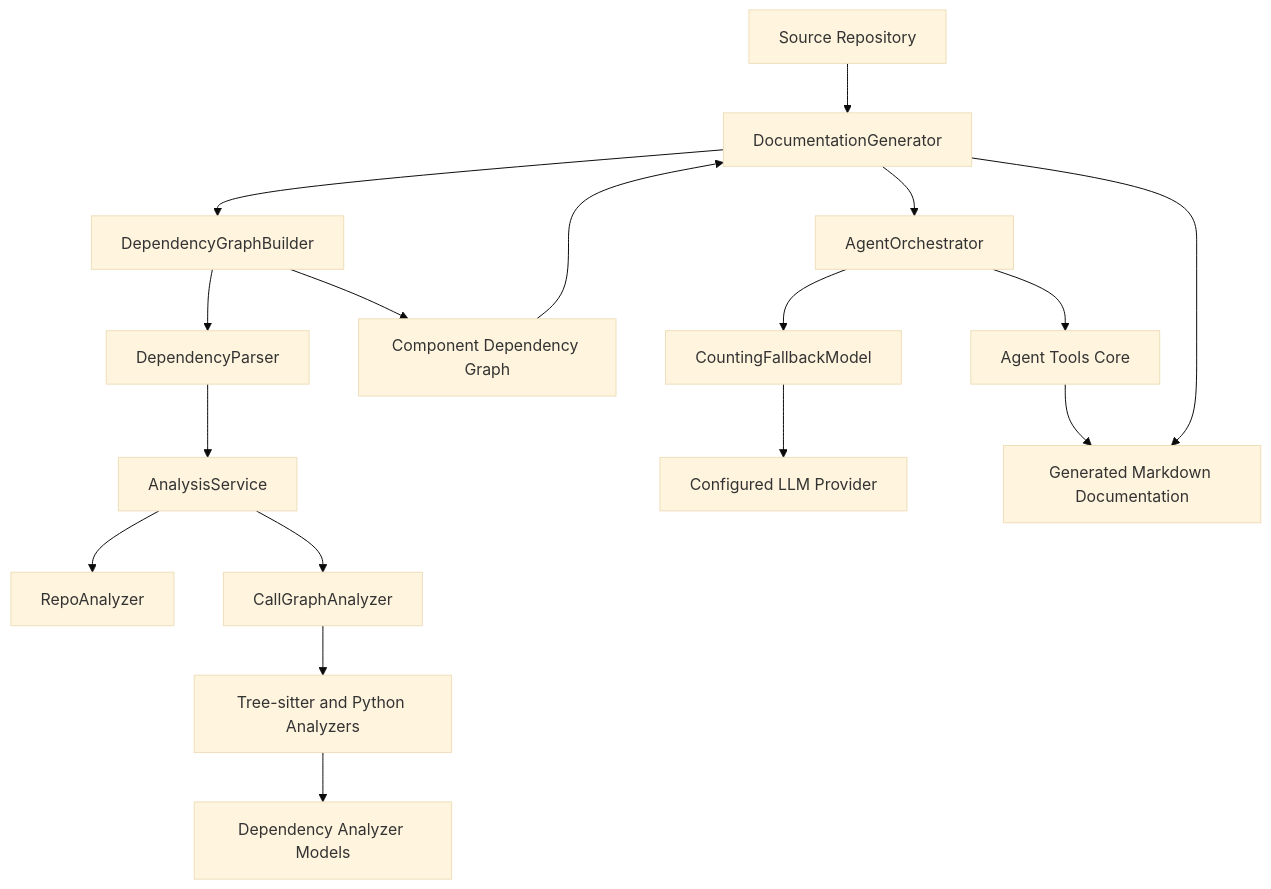
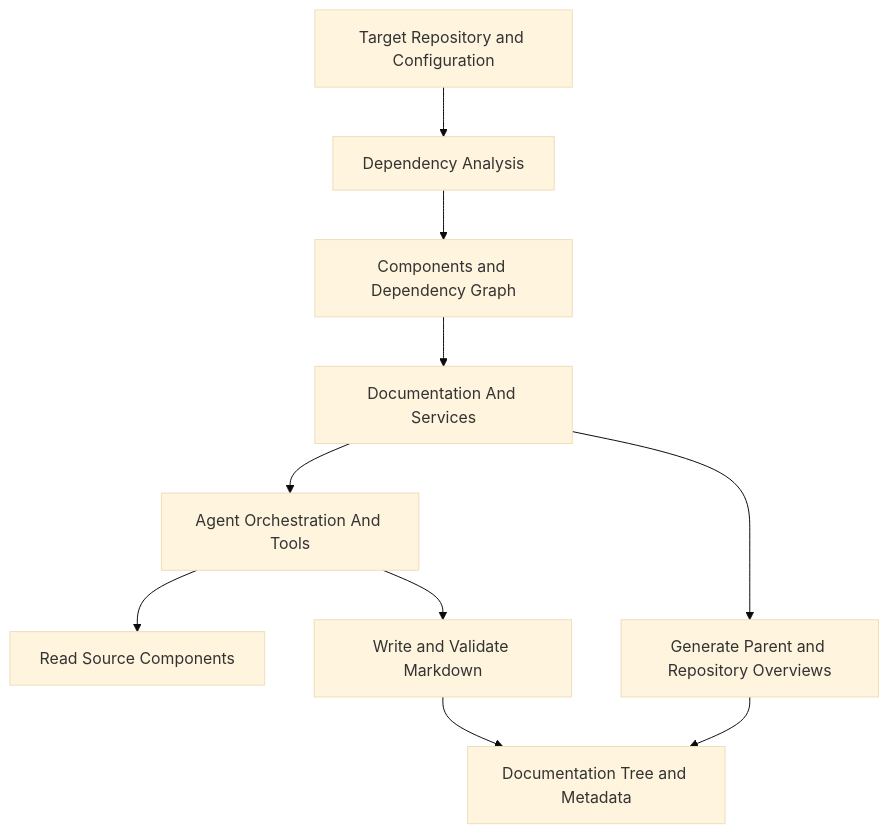
One commit to flamingo-stack/CodeWiki changed the diagram in docs/diagrams/architecture/backend-core.mmd. Above: the diagram before and after it, drawn with Mermaid (base theme). The commit also changed 275 other files, not shown here.

```diff
--- a/docs/diagrams/architecture/backend-core.mmd
+++ b/docs/diagrams/architecture/backend-core.mmd
@@ -1,20 +1,10 @@
 flowchart TD
-    Input["Source Repository"] --> Generator["DocumentationGenerator"]
-    Generator --> GraphBuilder["DependencyGraphBuilder"]
-    GraphBuilder --> Parser["DependencyParser"]
-    Parser --> Analysis["AnalysisService"]
-    Analysis --> RepoAnalyzer["RepoAnalyzer"]
-    Analysis --> CallAnalyzer["CallGraphAnalyzer"]
-    CallAnalyzer --> LanguageAnalyzers["Tree-sitter and Python Analyzers"]
-    LanguageAnalyzers --> Models["Dependency Analyzer Models"]
-
-    GraphBuilder --> Components["Component Dependency Graph"]
-    Components --> Generator
-
-    Generator --> Orchestrator["AgentOrchestrator"]
-    Orchestrator --> AgentTools["Agent Tools Core"]
-    Orchestrator --> LLM["CountingFallbackModel"]
-    LLM --> Provider["Configured LLM Provider"]
-
-    AgentTools --> Docs["Generated Markdown Documentation"]
-    Generator --> Docs
+    Input["Target Repository and Configuration"] --> Analysis["Dependency Analysis"]
+    Analysis --> Graph["Components and Dependency Graph"]
+    Graph --> Documentation["Documentation And Services"]
+    Documentation --> Orchestration["Agent Orchestration And Tools"]
+    Orchestration --> Source["Read Source Components"]
+    Orchestration --> Docs["Write and Validate Markdown"]
+    Documentation --> Overview["Generate Parent and Repository Overviews"]
+    Docs --> Output["Documentation Tree and Metadata"]
+    Overview --> Output
```
